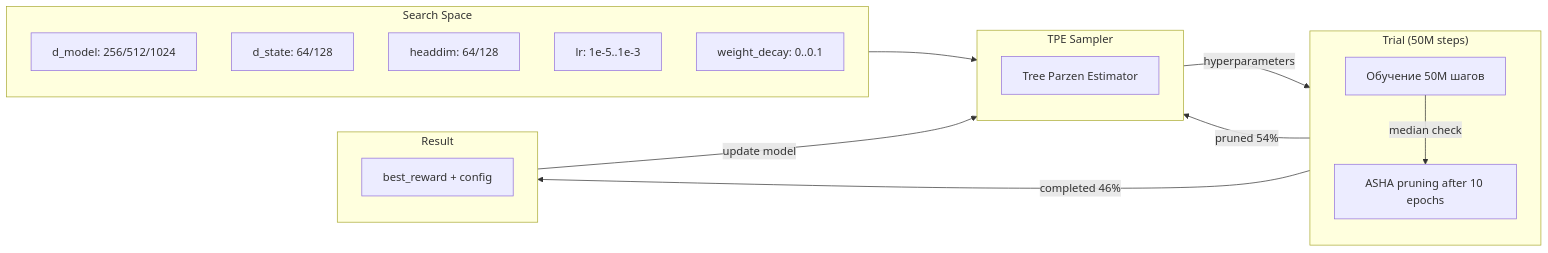
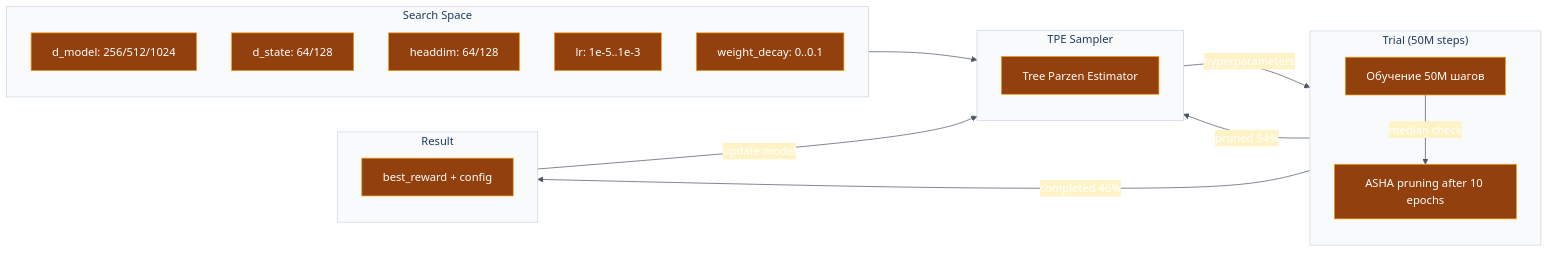
One commit to Kiraprint/DOOM changed the diagram in docs/hpo_pipeline.mmd. Above: the diagram before and after it, drawn with Mermaid. The commit also changed 9 other files, not shown here.

Commit message:
style: add Mermaid diagram theming and larger font sizes

```diff
--- a/docs/hpo_pipeline.mmd
+++ b/docs/hpo_pipeline.mmd
@@ -1,28 +1,28 @@
-flowchart LR
+%%{init: {'theme': 'base', 'themeVariables': {'primaryColor': '#92400e', 'primaryTextColor': '#fff', 'primaryBorderColor': '#92400e', 'lineColor': '#4B5563', 'secondaryColor': '#fef3c7', 'tertiaryColor': '#f0fdf4', 'clusterBkg': '#f8fafc', 'fontSize': 15, 'clusterBorder': '#cbd5e1', 'nodeBorder': '#f59e0b', 'nodeTextColor': '#92400e', 'titleColor': '#1e3a5f'}}}%% flowchart LR
   subgraph Search["Search Space"]
     D1["d_model: 256/512/1024"]
     D2["d_state: 64/128"]
     D3["headdim: 64/128"]
     D4["lr: 1e-5..1e-3"]
     D5["weight_decay: 0..0.1"]
   end
 
   subgraph Sampler["TPE Sampler"]
     TPE["Tree Parzen Estimator"]
   end
 
   subgraph Trial["Trial (50M steps)"]
     SUB["Обучение 50M шагов"]
     ASHA["ASHA pruning after 10 epochs"]
     SUB -->|median check| ASHA
   end
 
   subgraph Result["Result"]
     BEST["best_reward + config"]
   end
 
   Search --> Sampler
   Sampler -->|hyperparameters| Trial
   Trial -- pruned 54% --> Sampler
   Trial -- completed 46% --> Result
   Result -- update model --> Sampler
```
